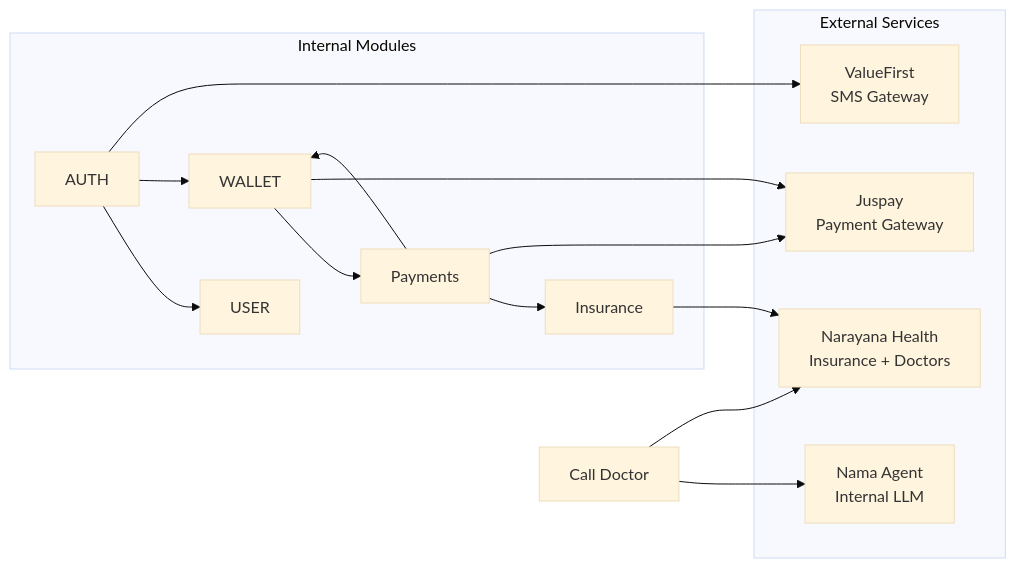
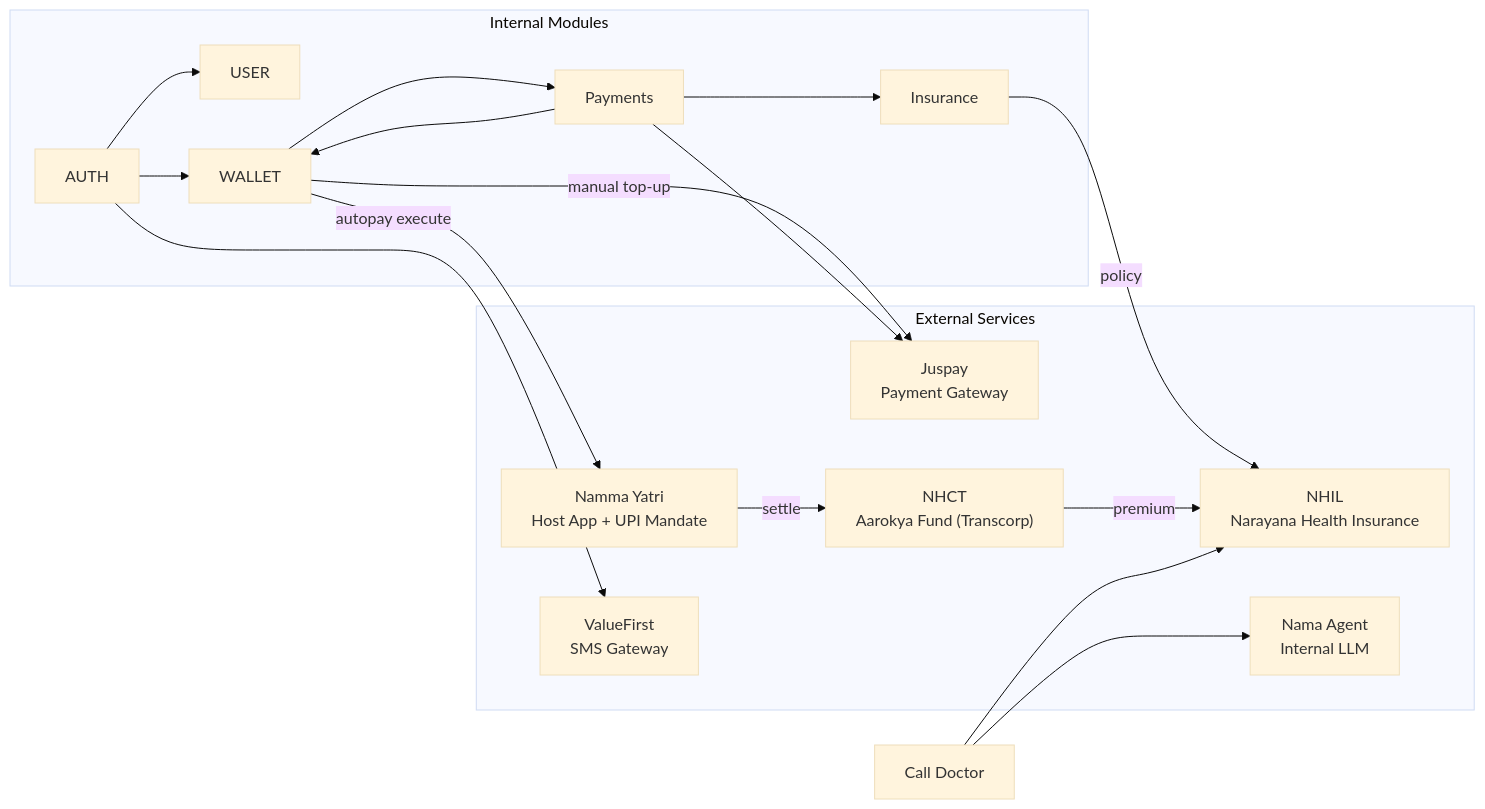
The second of 2 diagrams in api-reference/modules/overview.mdx (anu19981/aarokya-backend), drawn with Mermaid (base theme) before and after one commit. The commit also changed other lines of this file and 12 other files, not shown here.

Commit message:
sync: update api-reference from aarokya-agentic-app juspay/aarokya-app@2e89bf73a4989171ae967b79d6d4c672b5aa8208

````diff
--- a/api-reference/modules/overview.mdx
+++ b/api-reference/modules/overview.mdx
@@ -160,23 +165,28 @@
 ```mermaid
 flowchart LR
     subgraph External["External Services"]
+        NY["Namma Yatri\nHost App + UPI Mandate"]
         JP["Juspay\nPayment Gateway"]
-        NH["Narayana Health\nInsurance + Doctors"]
+        NHIL["NHIL\nNarayana Health Insurance"]
+        NHCT["NHCT\nAarokya Fund (Transcorp)"]
         NA["Nama Agent\nInternal LLM"]
         VF["ValueFirst\nSMS Gateway"]
     end
     subgraph Internal["Internal Modules"]
         AUTH --> USER
         AUTH --> WALLET
         WALLET --> PAY["Payments"]
         PAY --> INS["Insurance"]
         PAY --> WALLET
     end
     AUTH --> VF
-    WALLET --> JP
+    WALLET -->|"autopay execute"| NY
+    WALLET -->|"manual top-up"| JP
+    NY -->|"settle"| NHCT
     PAY --> JP
-    INS --> NH
+    INS -->|"policy"| NHIL
+    NHCT -->|"premium"| NHIL
     DOC["Call Doctor"] --> NA
-    DOC --> NH
+    DOC --> NHIL
 
 ```
````
